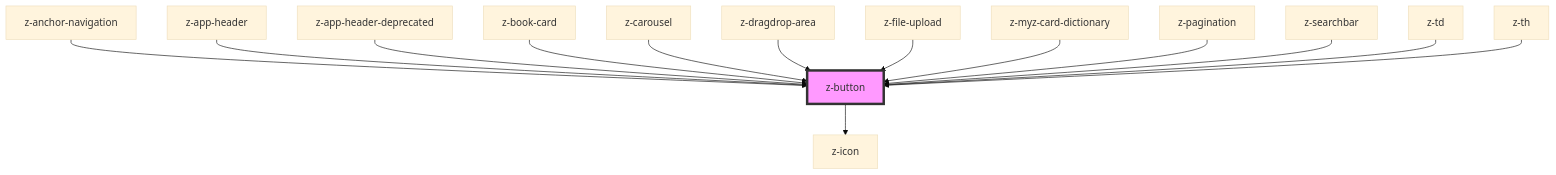
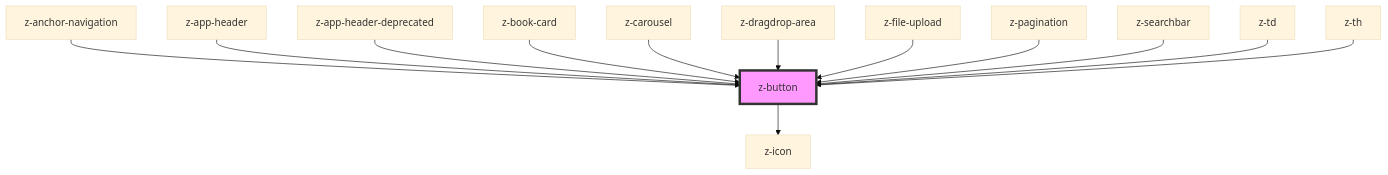
The diagram in src/components/z-button/readme.md (ZanichelliEditore/design-system), drawn with Mermaid (base theme) before and after one commit. The commit also changed other lines of this file and 14 other files, not shown here.

````diff
--- a/src/components/z-button/readme.md
+++ b/src/components/z-button/readme.md
@@ -56,17 +55,16 @@
 ```mermaid
 graph TD;
   z-button --> z-icon
   z-anchor-navigation --> z-button
   z-app-header --> z-button
   z-app-header-deprecated --> z-button
   z-book-card --> z-button
   z-carousel --> z-button
   z-dragdrop-area --> z-button
   z-file-upload --> z-button
-  z-myz-card-dictionary --> z-button
   z-pagination --> z-button
   z-searchbar --> z-button
   z-td --> z-button
   z-th --> z-button
   style z-button fill:#f9f,stroke:#333,stroke-width:4px
 ```
````
